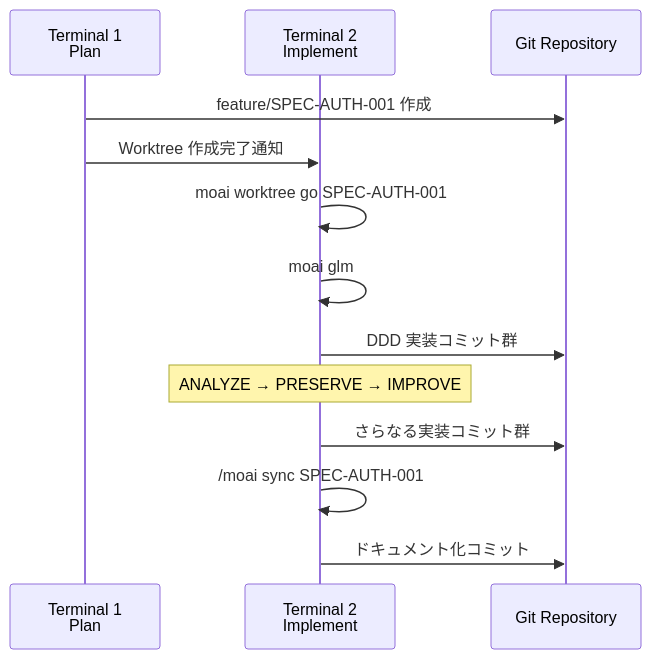
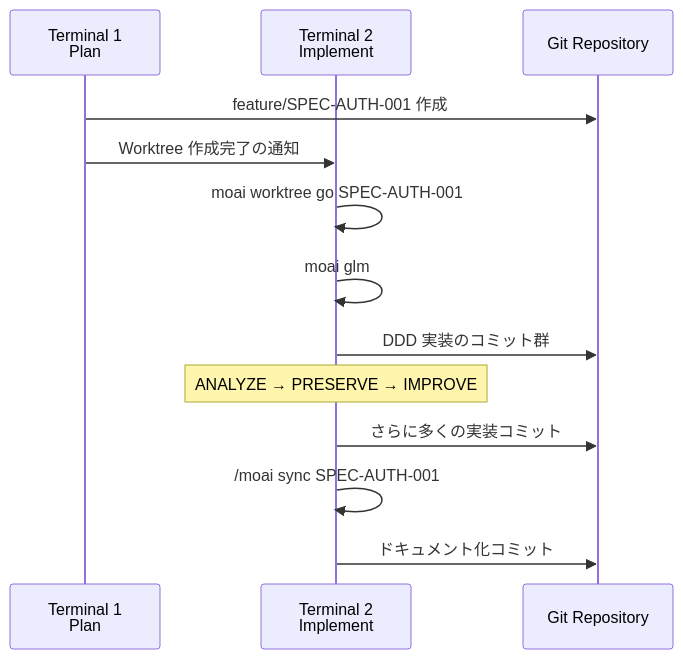
The sixth of 10 diagrams in docs-site/content/ja/worktree/guide.md (modu-ai/moai-adk), drawn with Mermaid before and after one commit. The commit also changed other lines of this file and 395 other files, not shown here.

````diff
--- a/docs-site/content/ja/worktree/guide.md
+++ b/docs-site/content/ja/worktree/guide.md
@@ -423,18 +429,18 @@
 ```mermaid
 sequenceDiagram
     participant T1 as Terminal 1<br/>Plan
     participant T2 as Terminal 2<br/>Implement
     participant Git as Git Repository
 
     T1->>Git: feature/SPEC-AUTH-001 作成
-    T1->>T2: Worktree 作成完了通知
+    T1->>T2: Worktree 作成完了の通知
 
     T2->>T2: moai worktree go SPEC-AUTH-001
     T2->>T2: moai glm
-    T2->>Git: DDD 実装コミット群
+    T2->>Git: DDD 実装のコミット群
     Note over T2: ANALYZE → PRESERVE → IMPROVE
 
-    T2->>Git: さらなる実装コミット群
+    T2->>Git: さらに多くの実装コミット
     T2->>T2: /moai sync SPEC-AUTH-001
     T2->>Git: ドキュメント化コミット
 ```
````
